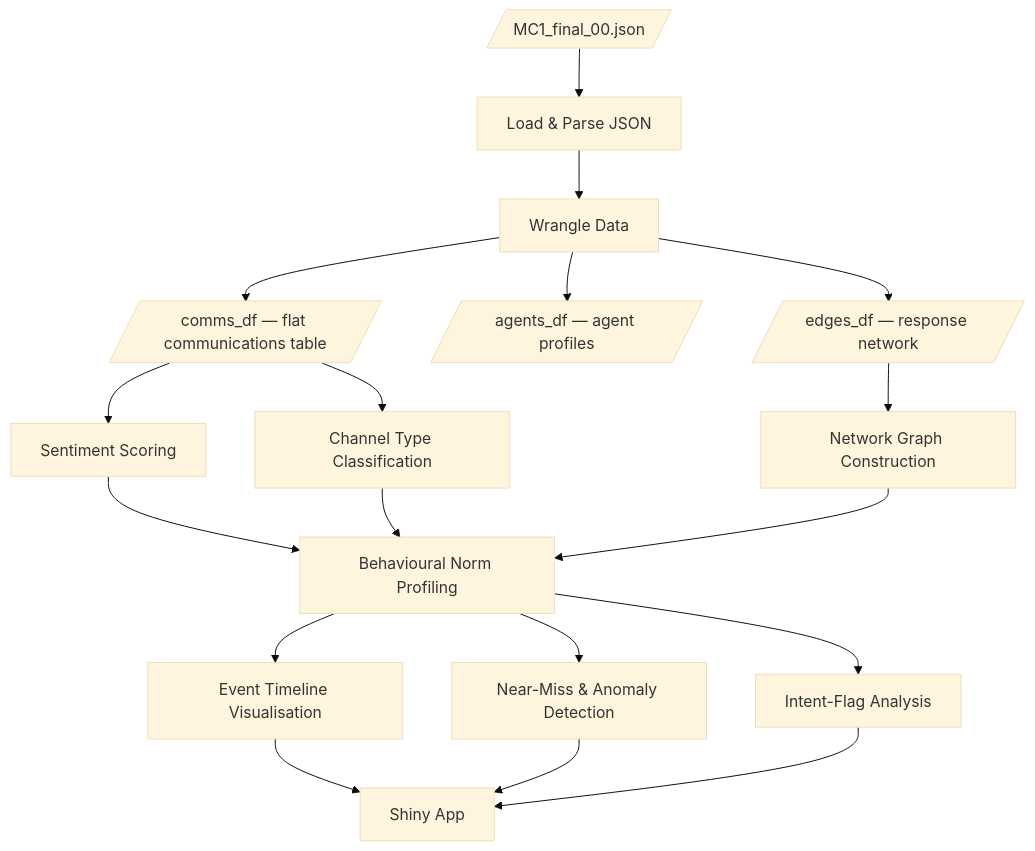
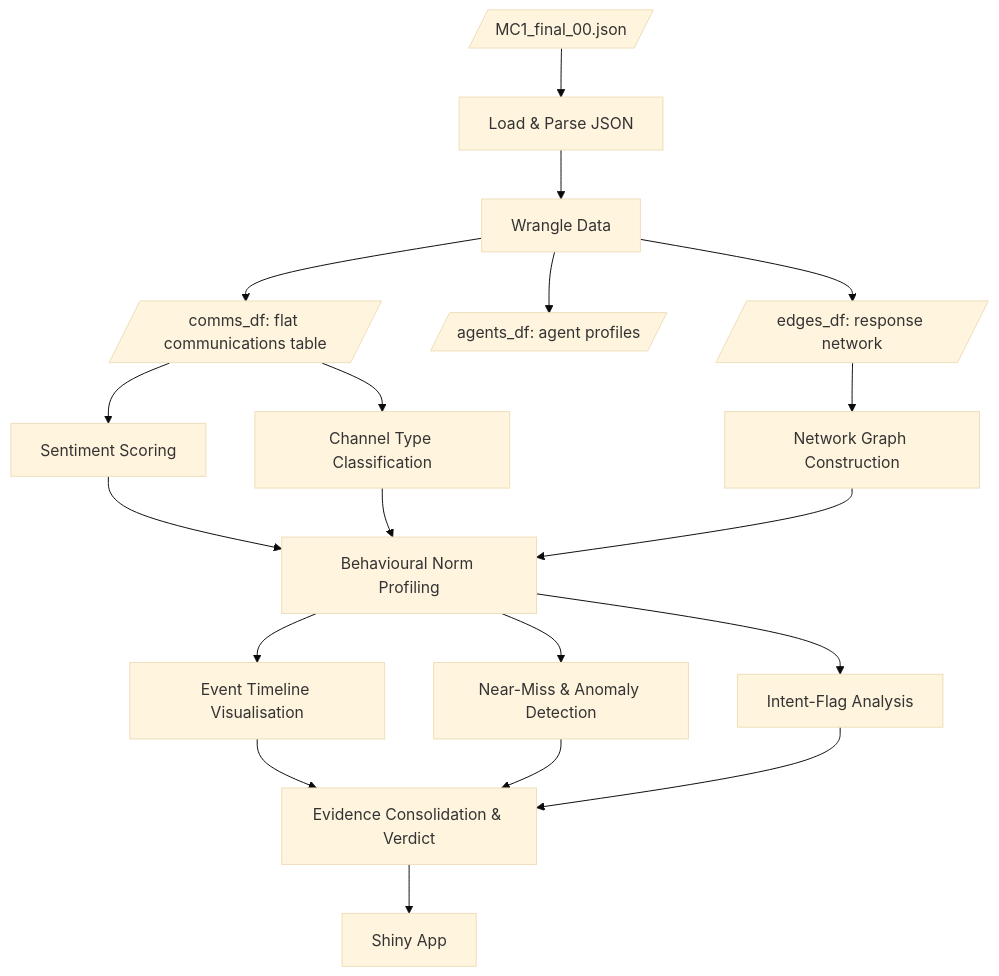
Before and after one commit to levitus1990/isss608_final_project_ajp: the diagram in proposal.qmd, drawn with Mermaid (base theme). The commit also changed other lines of this file and 4 other files, not shown here.

````diff
--- a/proposal.qmd
+++ b/proposal.qmd
@@ -41,24 +49,26 @@
 ```{mermaid}
 flowchart TD
   A[/MC1_final_00.json/] --> B[Load & Parse JSON]
   B --> C[Wrangle Data]
-  C --> D[/comms_df — flat communications table/]
-  C --> E[/agents_df — agent profiles/]
-  C --> F[/edges_df — response network/]
+  C --> D[/comms_df: flat communications table/]
+  C --> E[/agents_df: agent profiles/]
+  C --> F[/edges_df: response network/]
 
   D --> G[Sentiment Scoring]
   D --> H[Channel Type Classification]
   F --> I[Network Graph Construction]
 
   G --> J[Behavioural Norm Profiling]
   H --> J
   I --> J
 
   J --> K[Event Timeline Visualisation]
   J --> L[Near-Miss & Anomaly Detection]
   J --> M[Intent-Flag Analysis]
 
-  K --> N[Shiny App]
-  L --> N
-  M --> N
+  K --> O[Evidence Consolidation & Verdict]
+  L --> O
+  M --> O
+
+  O --> N[Shiny App]
 ```
````
